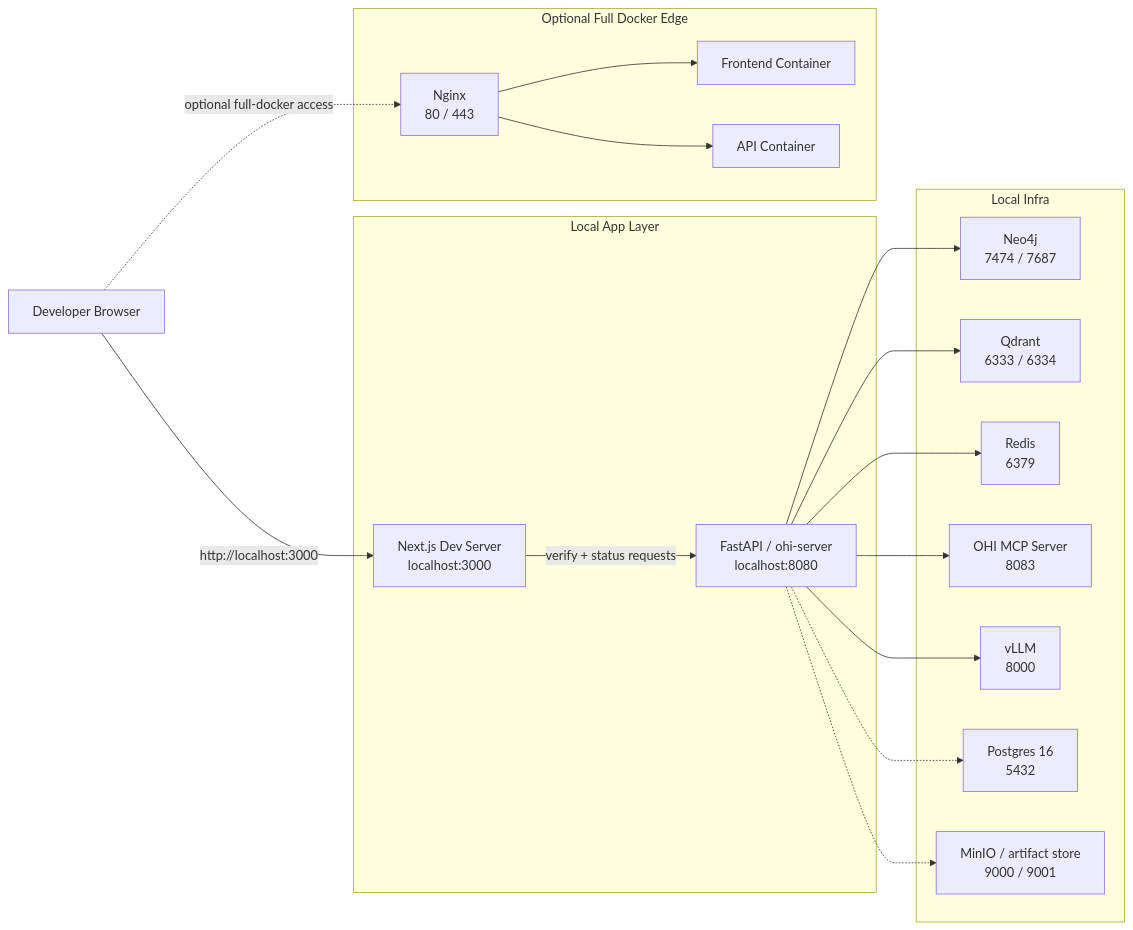
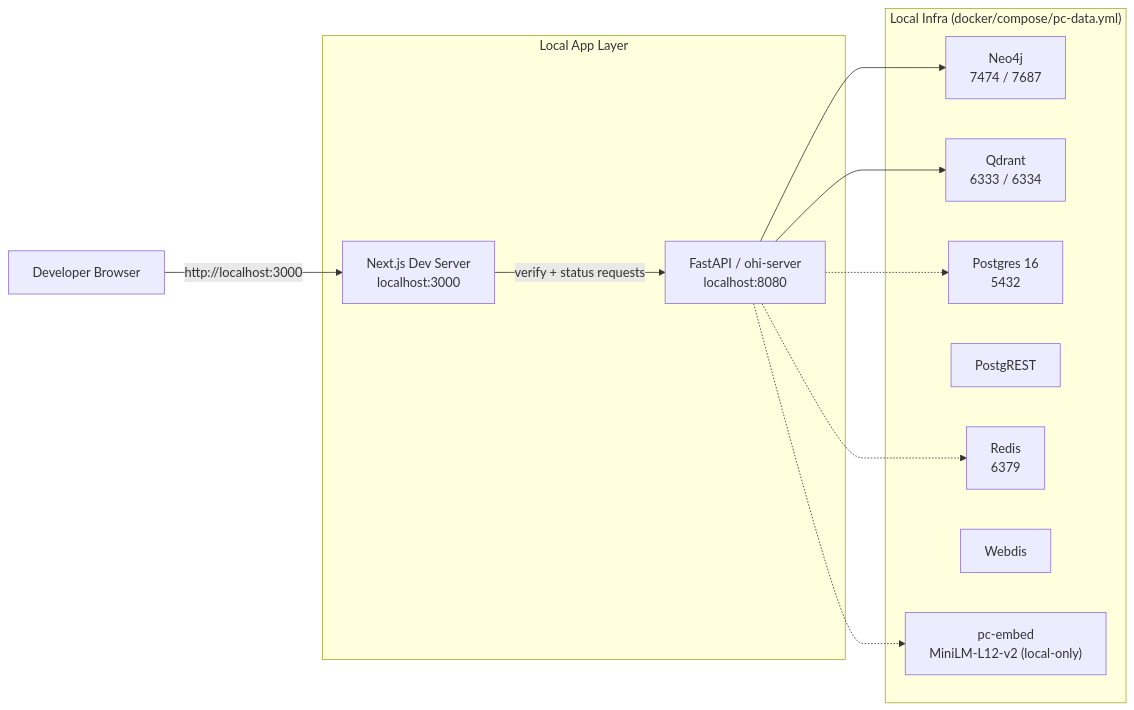
One commit to shiftbloom-studio/open-hallucination-index changed the second of 3 diagrams in docs/CURRENT_ARCHITECTURE.md. Above: the diagram before and after it, drawn with Mermaid. The commit also changed other lines of this file and 4 other files, not shown here.

````diff
--- a/docs/CURRENT_ARCHITECTURE.md
+++ b/docs/CURRENT_ARCHITECTURE.md
@@ -87,40 +136,28 @@
 ```mermaid
 flowchart LR
     browser["Developer Browser"]
 
     subgraph app["Local App Layer"]
         next["Next.js Dev Server\nlocalhost:3000"]
         api["FastAPI / ohi-server\nlocalhost:8080"]
     end
 
-    subgraph infra["Local Infra"]
+    subgraph infra["Local Infra (docker/compose/pc-data.yml)"]
         neo4j["Neo4j\n7474 / 7687"]
         qdrant["Qdrant\n6333 / 6334"]
+        postgres["Postgres 16\n5432"]
+        postgrest["PostgREST"]
         redis["Redis\n6379"]
-        mcp["OHI MCP Server\n8083"]
-        vllm["vLLM\n8000"]
-        postgres["Postgres 16\n5432"]
-        minio["MinIO / artifact store\n9000 / 9001"]
-    end
-
-    subgraph optional["Optional Full Docker Edge"]
-        nginx["Nginx\n80 / 443"]
-        fe["Frontend Container"]
-        api_docker["API Container"]
+        webdis["Webdis"]
+        embed["pc-embed\nMiniLM-L12-v2 (local-only)"]
     end
 
     browser -->|"http://localhost:3000"| next
     next -->|"verify + status requests"| api
 
     api --> neo4j
     api --> qdrant
-    api --> redis
-    api --> mcp
-    api --> vllm
+    api -.-> redis
     api -.-> postgres
-    api -.-> minio
-
-    browser -.->|"optional full-docker access"| nginx
-    nginx --> fe
-    nginx --> api_docker
+    api -.-> embed
 ```
````
